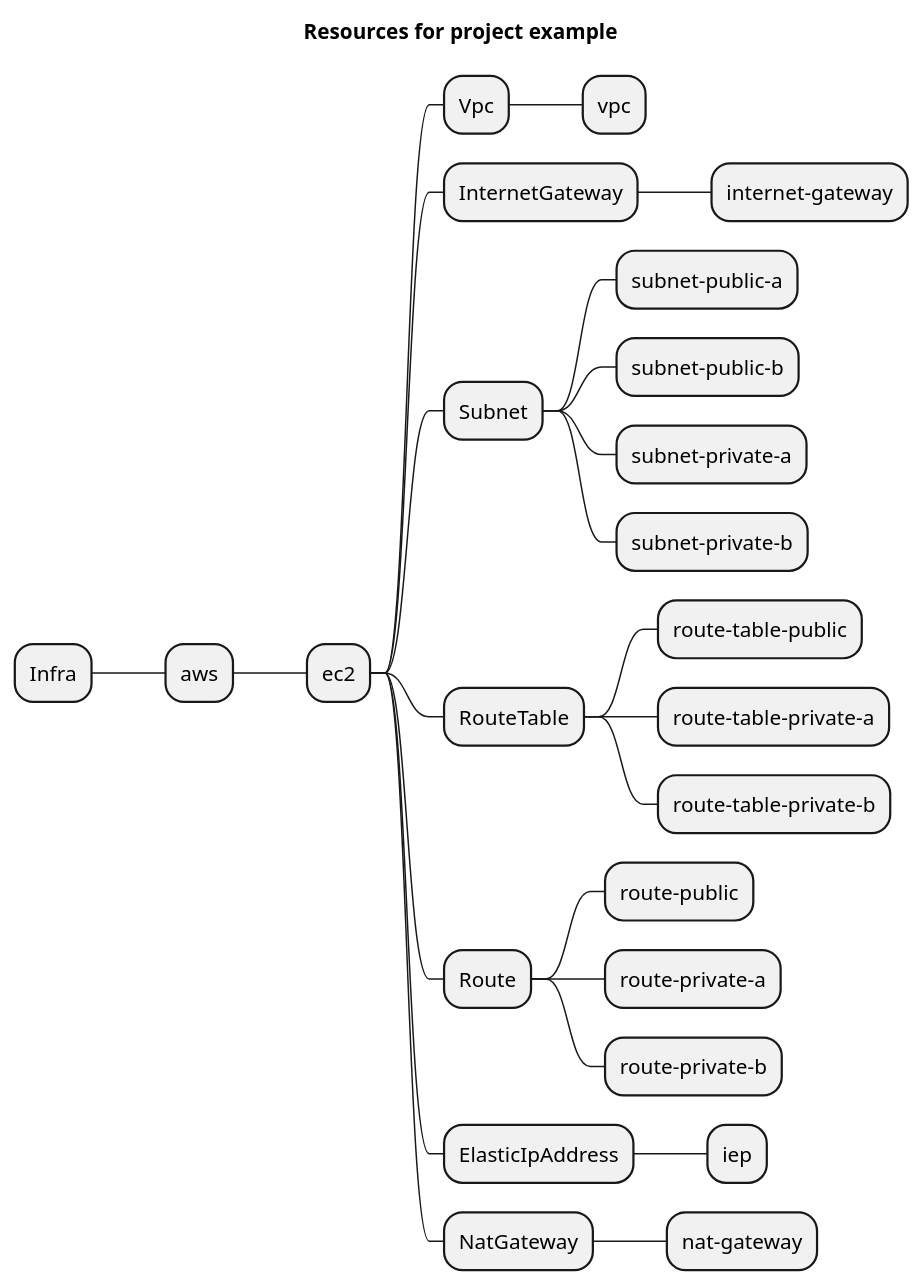
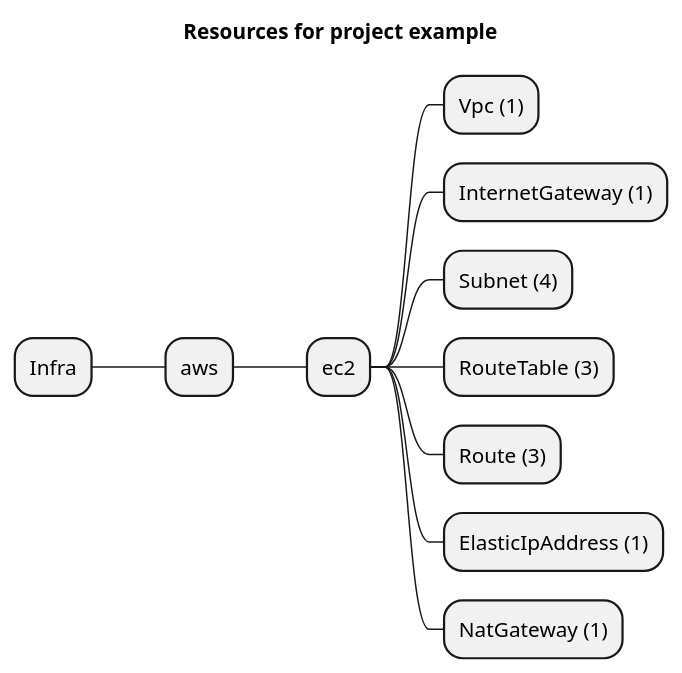
One commit to grucloud/grucloud changed the diagram in packages/modules/aws/vpc/example/resources-mindmap.puml. Above: the diagram before and after it, drawn with PlantUML. The commit also changed 4 other files, not shown here.

Commit message:
add plantumlJar CLI option

```diff
--- a/packages/modules/aws/vpc/example/resources-mindmap.puml
+++ b/packages/modules/aws/vpc/example/resources-mindmap.puml
@@ -1,28 +1,14 @@
 @startmindmap
 title Resources for project example
 skinparam monochrome true
 + Infra
 ++ aws
 +++ ec2
-++++ Vpc
-+++++ vpc
-++++ InternetGateway
-+++++ internet-gateway
-++++ Subnet
-+++++ subnet-public-a
-+++++ subnet-public-b
-+++++ subnet-private-a
-+++++ subnet-private-b
-++++ RouteTable
-+++++ route-table-public
-+++++ route-table-private-a
-+++++ route-table-private-b
-++++ Route
-+++++ route-public
-+++++ route-private-a
-+++++ route-private-b
-++++ ElasticIpAddress
-+++++ iep
-++++ NatGateway
-+++++ nat-gateway
+++++ Vpc (1)
+++++ InternetGateway (1)
+++++ Subnet (4)
+++++ RouteTable (3)
+++++ Route (3)
+++++ ElasticIpAddress (1)
+++++ NatGateway (1)
 @endmindmap
```
